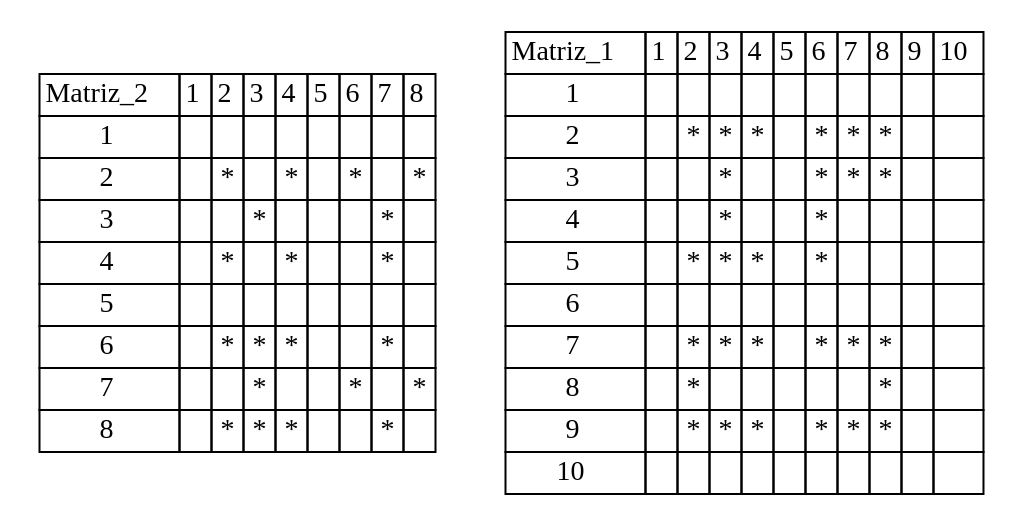
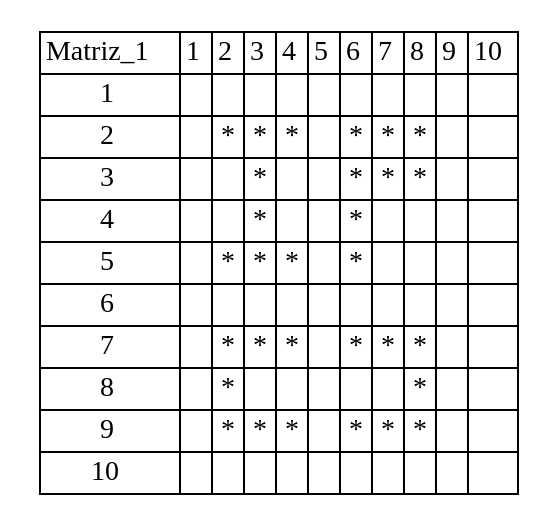
The diagram in Proyecto/imagen.gv (bram814/IPC2_Proyecto2_201800937), drawn with Graphviz before and after one commit. The commit also changed 6 other files, not shown here.

```diff
--- a/Proyecto/imagen.gv
+++ b/Proyecto/imagen.gv
@@ -1,102 +1,6 @@
 digraph g {
 	node [shape=plaintext]
-	struct1 [label=<
-        <table border="0" cellborder="1" cellspacing="0">
-        <tr>
-	<td>Matriz_2</td>
-	<td>1</td>
-	<td>2</td>
-	<td>3</td>
-	<td>4</td>
-	<td>5</td>
-	<td>6</td>
-	<td>7</td>
-	<td>8</td>
-</tr>
-
-        <tr>
-	<td>1</td>
-	<td> </td>
-	<td> </td>
-	<td> </td>
-	<td> </td>
-	<td> </td>
-	<td> </td>
-	<td> </td>
-	<td> </td>
-</tr>	<tr>
-	<td>2</td>
-	<td> </td>
-	<td>*</td>
-	<td> </td>
-	<td>*</td>
-	<td> </td>
-	<td>*</td>
-	<td> </td>
-	<td>*</td>
-</tr>	<tr>
-	<td>3</td>
-	<td> </td>
-	<td> </td>
-	<td>*</td>
-	<td> </td>
-	<td> </td>
-	<td> </td>
-	<td>*</td>
-	<td> </td>
-</tr>	<tr>
-	<td>4</td>
-	<td> </td>
-	<td>*</td>
-	<td> </td>
-	<td>*</td>
-	<td> </td>
-	<td> </td>
-	<td>*</td>
-	<td> </td>
-</tr>	<tr>
-	<td>5</td>
-	<td> </td>
-	<td> </td>
-	<td> </td>
-	<td> </td>
-	<td> </td>
-	<td> </td>
-	<td> </td>
-	<td> </td>
-</tr>	<tr>
-	<td>6</td>
-	<td> </td>
-	<td>*</td>
-	<td>*</td>
-	<td>*</td>
-	<td> </td>
-	<td> </td>
-	<td>*</td>
-	<td> </td>
-</tr>	<tr>
-	<td>7</td>
-	<td> </td>
-	<td> </td>
-	<td>*</td>
-	<td> </td>
-	<td> </td>
-	<td>*</td>
-	<td> </td>
-	<td>*</td>
-</tr>	<tr>
-	<td>8</td>
-	<td> </td>
-	<td>*</td>
-	<td>*</td>
-	<td>*</td>
-	<td> </td>
-	<td> </td>
-	<td>*</td>
-	<td> </td>
-</tr>	
-        </table>>]
-	struct2 [label=<
+	node01 [label=<
         <table border="0" cellborder="1" cellspacing="0">
         <tr>
 	<td>Matriz_1</td>
```
